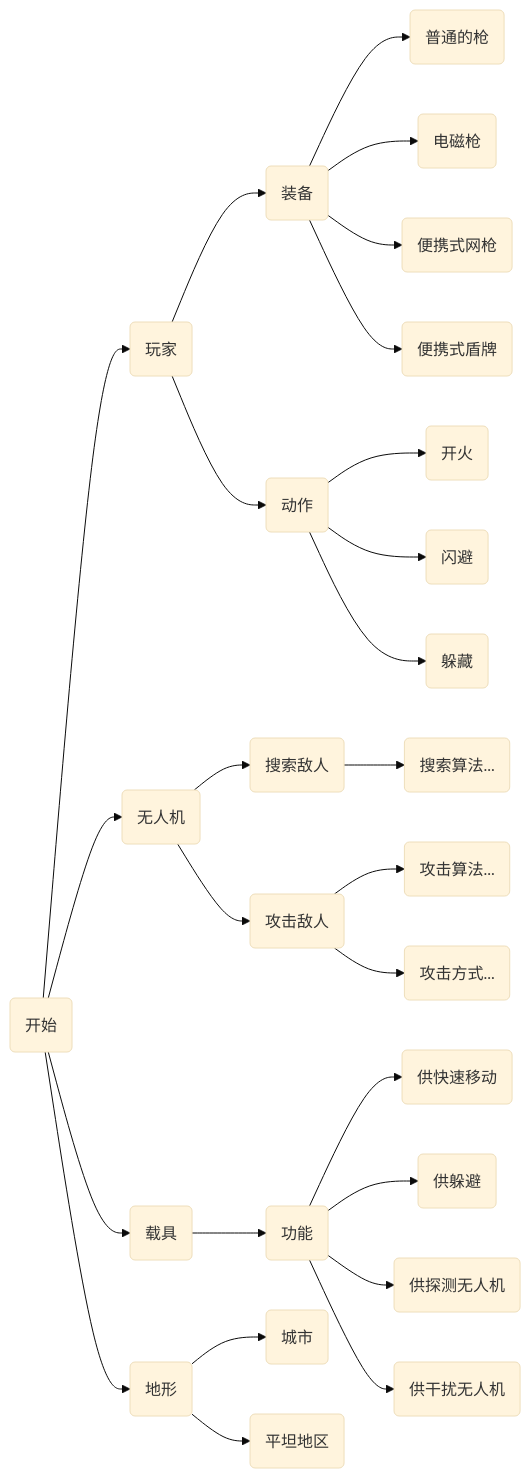
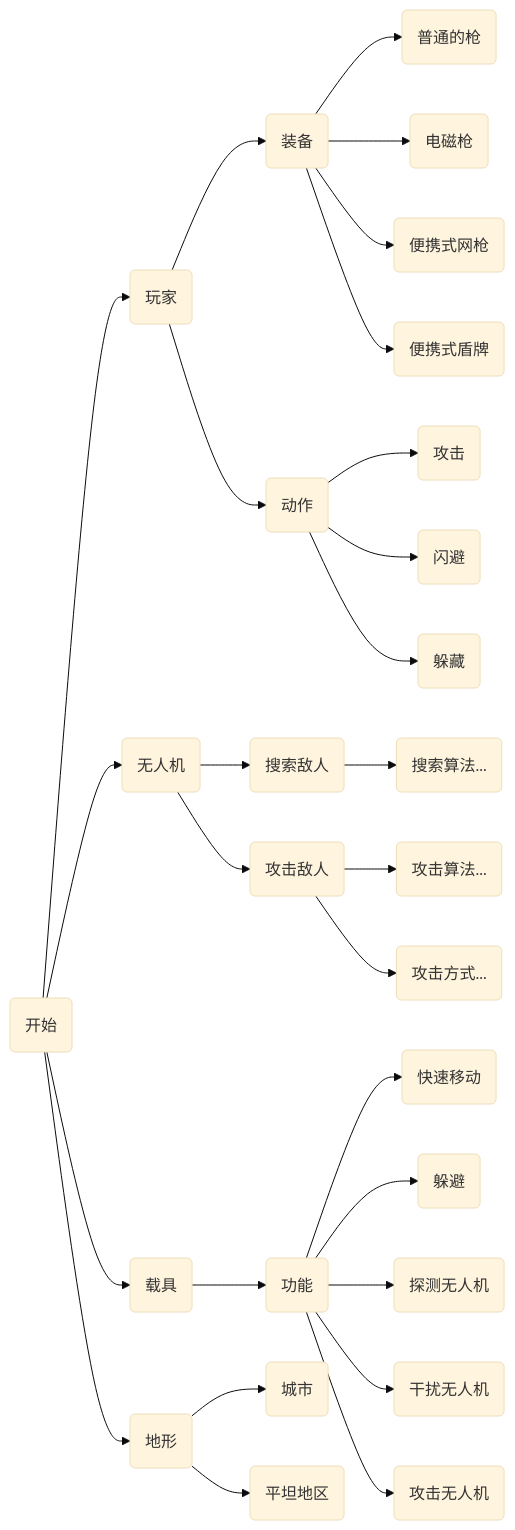
One commit to hby-star/AntiDroneSimulator changed the diagram in Note.md. Above: the diagram before and after it, drawn with Mermaid (base theme).

Commit message:
docs: update note

````diff
--- a/Note.md
+++ b/Note.md
@@ -3,65 +3,67 @@
 ```mermaid
 flowchart LR
 	Start(开始)
 	Start --> Player
 	Start --> Drone
 	Start --> Vehicle
 	Start --> Terrain
 	
 	Player(玩家)
 	Player --> Equipment
 	Player --> Action
 	
 	Drone(无人机)
 	Drone --> Serach
 	Drone --> Attack
 	
 	Vehicle(载具)
 	Vehicle --> Function
 
 	Terrain(地形)
 	Terrain --> City
 	Terrain --> Flat
 
 	Equipment(装备)
 	GeneralGun(普通的枪)
 	EMPGun(电磁枪)
 	SkyWallGun(便携式网枪)
 	Shield(便携式盾牌)	
 	Equipment --> GeneralGun
 	Equipment --> EMPGun
 	Equipment --> SkyWallGun
 	Equipment --> Shield
 	
 
 	Action(动作)
-	PlayerAttack(开火)
+	PlayerAttack(攻击)
 	PlayerEvade(闪避)
 	PlayerHide(躲藏)
 	Action --> PlayerAttack
 	Action --> PlayerEvade
 	Action --> PlayerHide
 	
 	Serach(搜索敌人)
 	Serach --> SerachAlg(搜索算法...)
 
 	
 	Attack(攻击敌人)
 	Attack --> AttackAlg(攻击算法...)
 	Attack --> AttackFunc(攻击方式...)
 	
 	
 	Function(功能)
-	ForMove(供快速移动)
-	ForHide(供躲避)
-	ForSerach(供探测无人机)
-	ForDisturb(供干扰无人机)
+	ForMove(快速移动)
+	ForHide(躲避)
+	ForSerach(探测无人机)
+	ForDisturb(干扰无人机)
+	ForAttack(攻击无人机)
 	Function --> ForMove
 	Function --> ForHide
 	Function --> ForSerach
 	Function --> ForDisturb
+	Function --> ForAttack
 	
 	City(城市)
 	Flat(平坦地区)
 		
 ```
````
